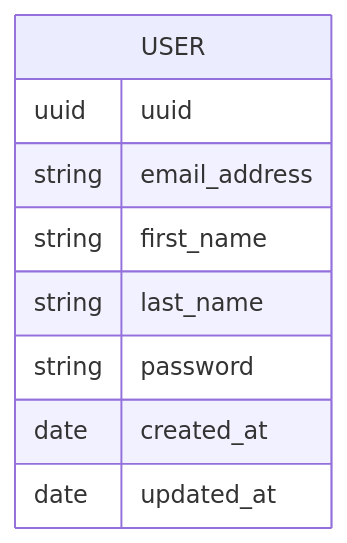
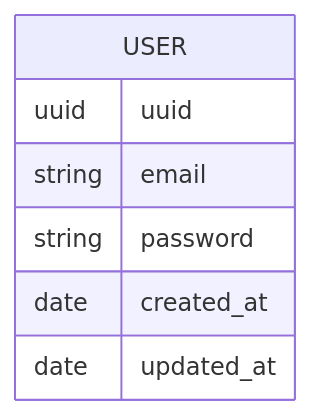
The diagram in packages/backend/svc-consents/README.md (nicolaspearson/granite), drawn with Mermaid before and after one commit. The commit also changed other lines of this file and 36 other files, not shown here.

````diff
--- a/packages/backend/svc-consents/README.md
+++ b/packages/backend/svc-consents/README.md
@@ -52,12 +53,10 @@
 ```mermaid
 erDiagram
     USER {
         uuid uuid
-        string email_address
-        string first_name
-        string last_name
+        string email
         string password
         date created_at
         date updated_at
     }
 ```
````
